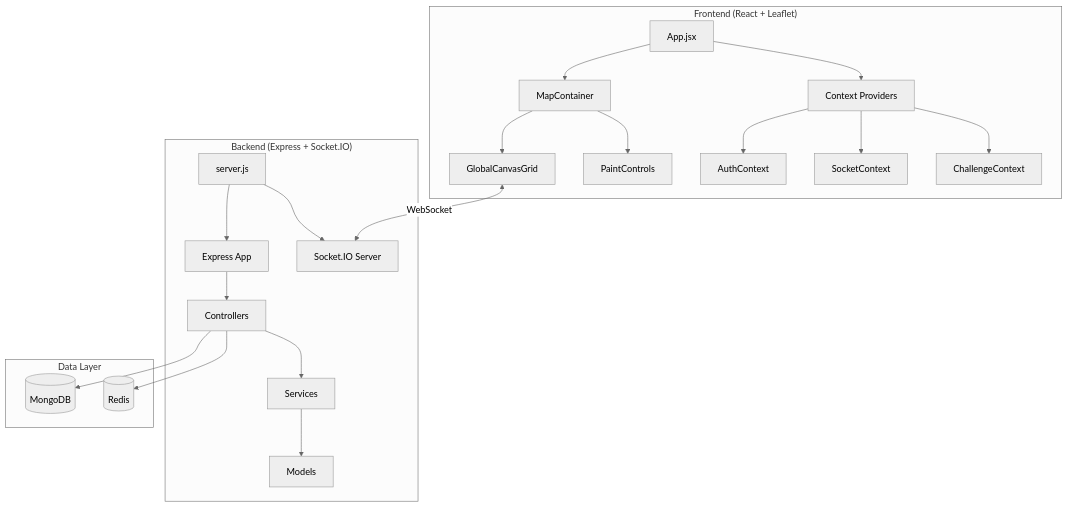
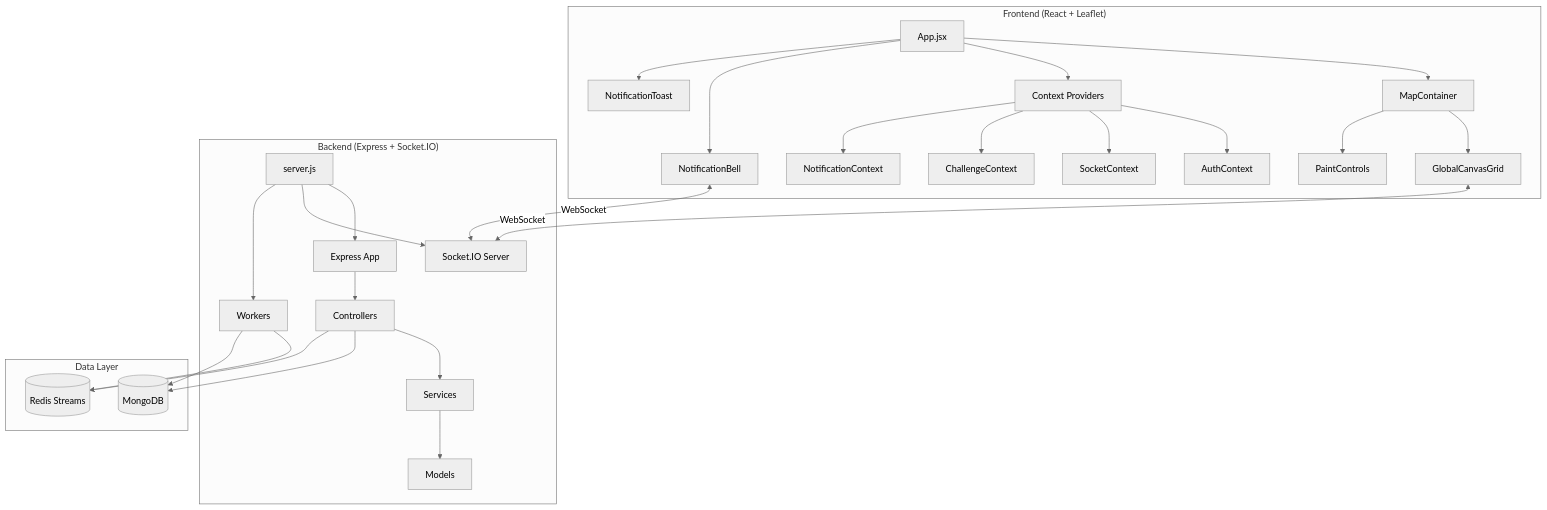
The first of 2 diagrams in README.md (SE2025-17-3/SE2025-17.3), drawn with Mermaid (neutral theme) before and after one commit. The commit also changed other lines of this file, not shown here.

````diff
--- a/README.md
+++ b/README.md
@@ -60,29 +67,36 @@
 ```mermaid
 graph TD
     subgraph "Frontend (React + Leaflet)"
         A[App.jsx] --> B[MapContainer]
         B --> C[GlobalCanvasGrid]
         B --> D[PaintControls]
         A --> E[Context Providers]
         E --> F[AuthContext]
         E --> G[SocketContext]
         E --> H[ChallengeContext]
+        E --> I[NotificationContext]
+        A --> J[NotificationBell]
+        A --> K[NotificationToast]
     end
 
     subgraph "Backend (Express + Socket.IO)"
-        I[server.js] --> J[Express App]
-        I --> K[Socket.IO Server]
-        J --> L[Controllers]
-        L --> M[Services]
-        M --> N[Models]
+        L[server.js] --> M[Express App]
+        L --> N[Socket.IO Server]
+        M --> O[Controllers]
+        O --> P[Services]
+        P --> Q[Models]
+        L --> R[Workers]
     end
 
     subgraph "Data Layer"
-        O[(MongoDB)]
-        P[(Redis)]
+        S[(MongoDB)]
+        T[(Redis Streams)]
     end
 
-    C <-->|WebSocket| K
-    L --> O
-    L --> P
+    C <-->|WebSocket| N
+    J <-->|WebSocket| N
+    O --> S
+    O --> T
+    R --> T
+    R --> S
 ```
````
